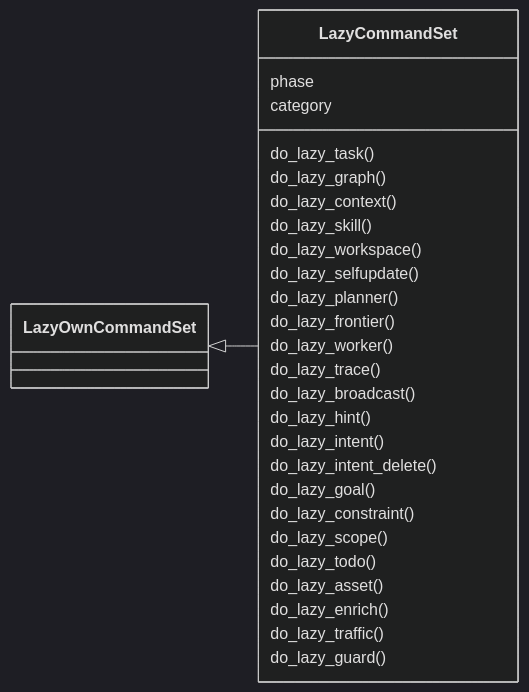
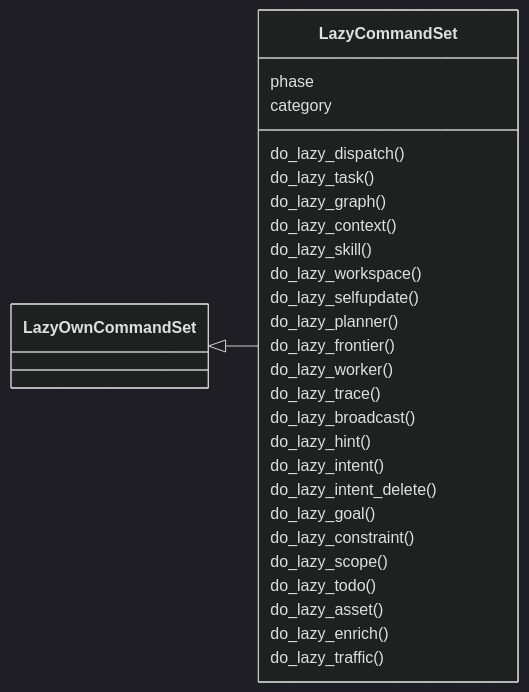
One commit to grisuno/LazyOwn changed the first of 2 diagrams in readmenator-apidocs/modules/cli.commands.lazyops.py.md. Above: the diagram before and after it, drawn with Mermaid (dark theme). The commit also changed other lines of this file and 325 other files, not shown here.

````diff
--- a/readmenator-apidocs/modules/cli.commands.lazyops.py.md
+++ b/readmenator-apidocs/modules/cli.commands.lazyops.py.md
@@ -25,31 +25,31 @@
 ```mermaid
 classDiagram
     direction LR
     class LazyCommandSet
     LazyCommandSet : phase
     LazyCommandSet : category
+    LazyCommandSet : do_lazy_dispatch()
     LazyCommandSet : do_lazy_task()
     LazyCommandSet : do_lazy_graph()
     LazyCommandSet : do_lazy_context()
     LazyCommandSet : do_lazy_skill()
     LazyCommandSet : do_lazy_workspace()
     LazyCommandSet : do_lazy_selfupdate()
     LazyCommandSet : do_lazy_planner()
     LazyCommandSet : do_lazy_frontier()
     LazyCommandSet : do_lazy_worker()
     LazyCommandSet : do_lazy_trace()
     LazyCommandSet : do_lazy_broadcast()
     LazyCommandSet : do_lazy_hint()
     LazyCommandSet : do_lazy_intent()
     LazyCommandSet : do_lazy_intent_delete()
     LazyCommandSet : do_lazy_goal()
     LazyCommandSet : do_lazy_constraint()
     LazyCommandSet : do_lazy_scope()
     LazyCommandSet : do_lazy_todo()
     LazyCommandSet : do_lazy_asset()
     LazyCommandSet : do_lazy_enrich()
     LazyCommandSet : do_lazy_traffic()
-    LazyCommandSet : do_lazy_guard()
     class LazyOwnCommandSet
     LazyOwnCommandSet <|-- LazyCommandSet
 ```
````
